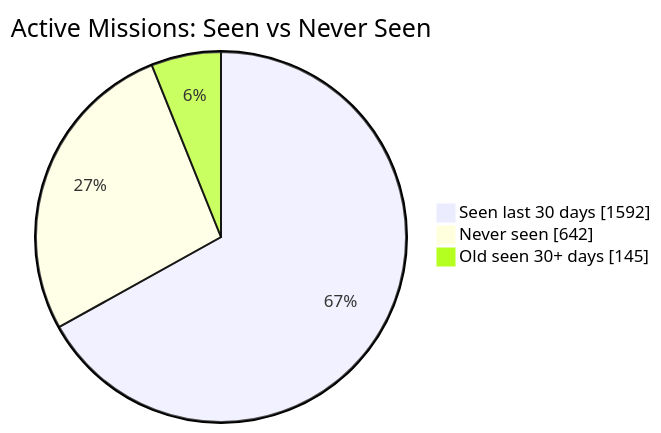
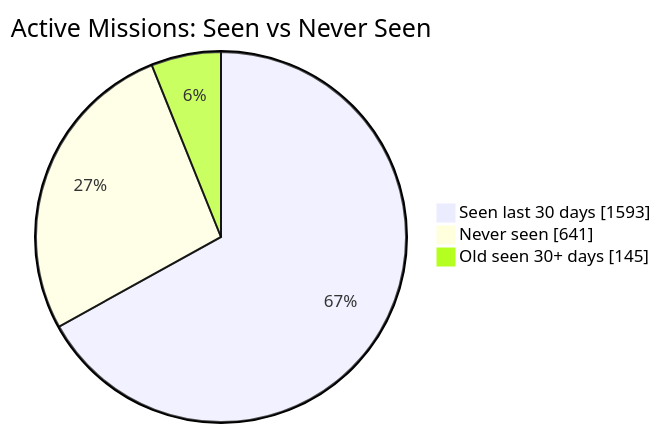
Before and after one commit to MeldkamerspelGameTeam/active-missions: the first of 2 diagrams in README.md, drawn with Mermaid. The commit also changed other lines of this file and 2 other files, not shown here.

````diff
--- a/README.md
+++ b/README.md
@@ -34,7 +34,7 @@
 ```mermaid
 pie showData
     title Active Missions: Seen vs Never Seen
-    "Seen last 30 days" : 1592
-    "Never seen" : 642
+    "Seen last 30 days" : 1593
+    "Never seen" : 641
     "Old seen 30+ days" : 145
 ```
````
